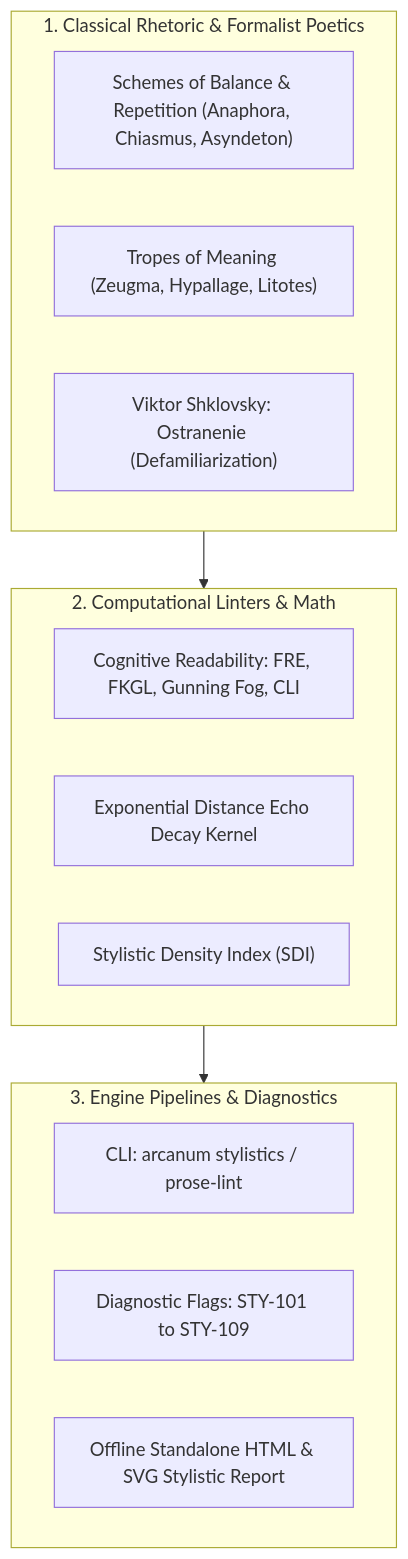
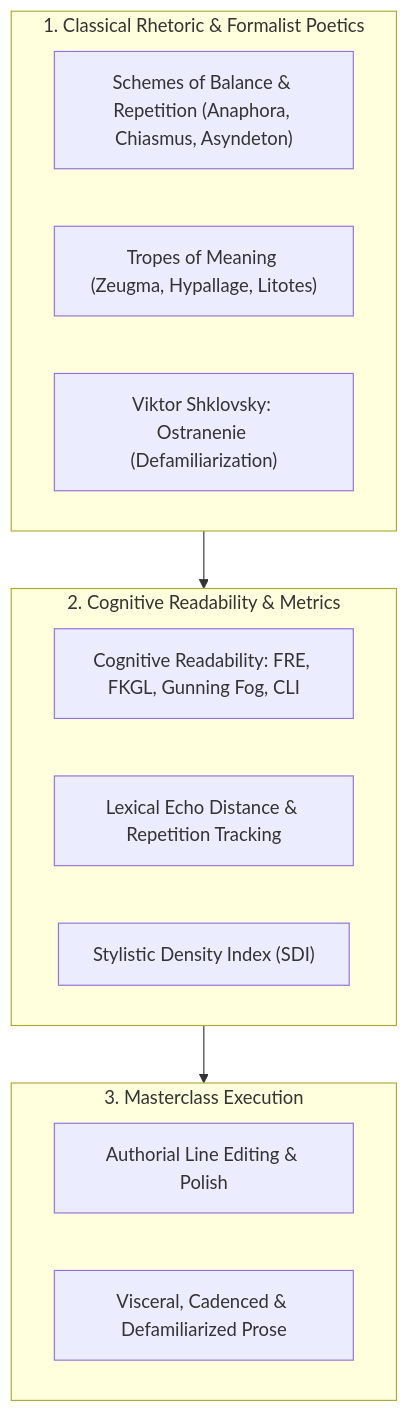
Before and after one commit to aryansinghnagar/Ars-Arcanum: the first of 2 diagrams in docs/STYLISTICS.md, drawn with Mermaid. The commit also changed other lines of this file and 12 other files, not shown here.

First line of the commit message:
docs: transform pruned engine specifications into author craft masterclasses

````diff
--- a/docs/STYLISTICS.md
+++ b/docs/STYLISTICS.md
@@ -17,22 +15,21 @@
 ```mermaid
 flowchart TD
     subgraph ClassicalRhetoric["1. Classical Rhetoric & Formalist Poetics"]
         Schemes["Schemes of Balance & Repetition (Anaphora, Chiasmus, Asyndeton)"]
         Tropes["Tropes of Meaning (Zeugma, Hypallage, Litotes)"]
         Ostranenie["Viktor Shklovsky: Ostranenie (Defamiliarization)"]
     end
 
-    subgraph ComputationalStylometry["2. Computational Linters & Math"]
+    subgraph ComputationalStylometry["2. Cognitive Readability & Metrics"]
         Readability["Cognitive Readability: FRE, FKGL, Gunning Fog, CLI"]
-        EchoKernel["Exponential Distance Echo Decay Kernel"]
+        EchoKernel["Lexical Echo Distance & Repetition Tracking"]
         StylisticDensity["Stylistic Density Index (SDI)"]
     end
 
-    subgraph EnginePipelines["3. Engine Pipelines & Diagnostics"]
-        LinterCLI["CLI: arcanum stylistics / prose-lint"]
-        Diagnostics["Diagnostic Flags: STY-101 to STY-109"]
-        SVGReport["Offline Standalone HTML & SVG Stylistic Report"]
+    subgraph CraftOutput["3. Masterclass Execution"]
+        LineEditing["Authorial Line Editing & Polish"]
+        Resonance["Visceral, Cadenced & Defamiliarized Prose"]
     end
 
-    ClassicalRhetoric --> ComputationalStylometry --> EnginePipelines
+    ClassicalRhetoric --> ComputationalStylometry --> CraftOutput
 ```
````
